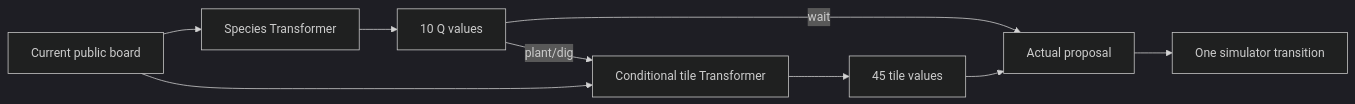
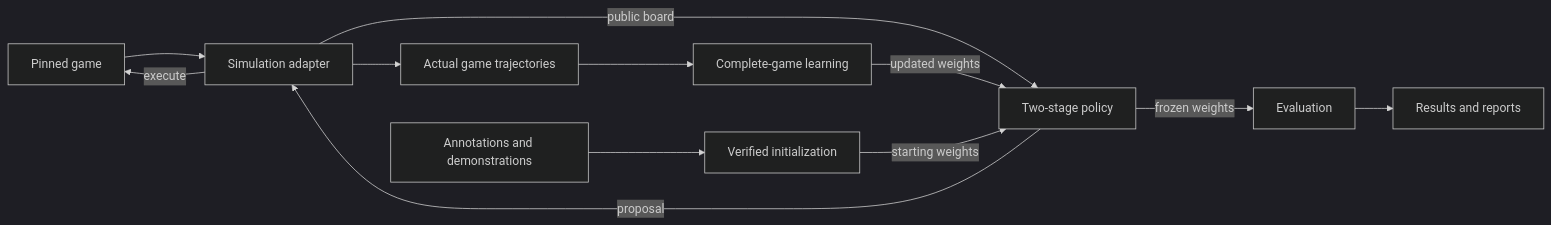
The first of 4 diagrams in docs/architecture.md (Comb1e/RL-Pvz), drawn with Mermaid (dark theme) before and after one commit. The commit also changed other lines of this file and 103 other files, not shown here.

````diff
--- a/docs/architecture.md
+++ b/docs/architecture.md
@@ -62,11 +24,14 @@
 ```mermaid
 flowchart LR
-    Board[Current public board] --> Species[Species Transformer]
-    Species --> Branch[10 Q values]
-    Branch -->|plant/dig| Tiles[Conditional tile Transformer]
-    Board --> Tiles
-    Tiles --> Placement[45 tile values]
-    Branch -->|wait| Action[Actual proposal]
-    Placement --> Action
-    Action --> Game[One simulator transition]
+    Game[Pinned game] --> World[Simulation adapter]
+    World -->|public board| Policy[Two-stage policy]
+    Policy -->|proposal| World
+    World -->|execute| Game
+    World --> Trajectory[Actual game trajectories]
+    Trajectory --> Learn[Complete-game learning]
+    Learn -->|updated weights| Policy
+    Human[Annotations and demonstrations] --> Init[Verified initialization]
+    Init -->|starting weights| Policy
+    Policy -->|frozen weights| Evaluate[Evaluation]
+    Evaluate --> Evidence[Results and reports]
 ```
````
